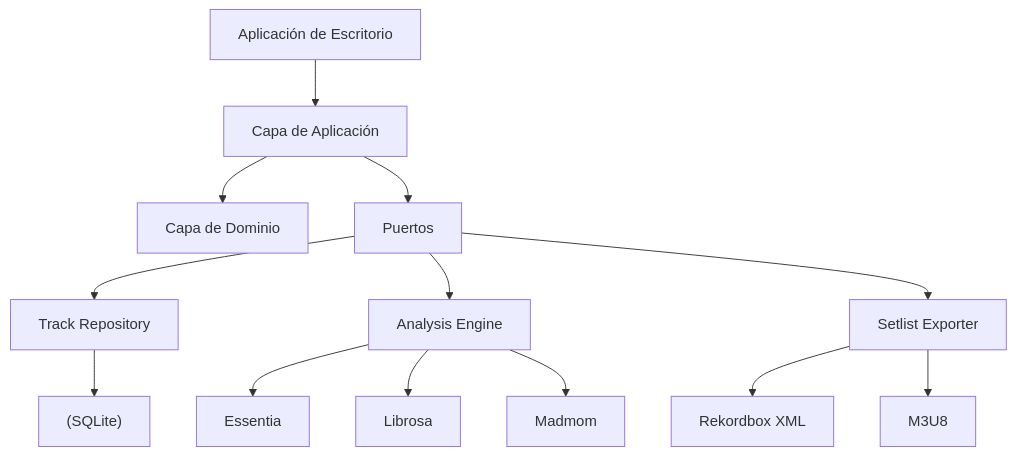
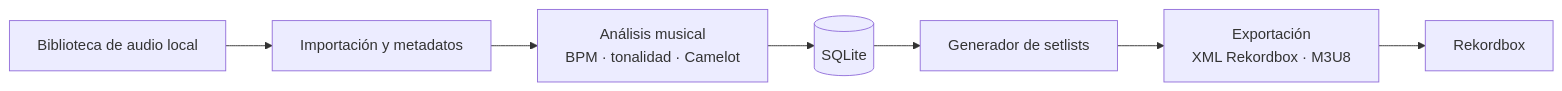
Before and after one commit to pabloo806/Trabajo-de-Fin-de-Grado: the diagram in README.md, drawn with Mermaid. The commit also changed other lines of this file, not shown here.

````diff
--- a/README.md
+++ b/README.md
@@ -62,28 +59,13 @@
 ```mermaid
-flowchart TD
+flowchart LR
 
-    UI["Aplicación de Escritorio"]
+    AUDIO["Biblioteca de audio local"]
+    IMPORT["Importación y metadatos"]
+    ANALYSIS["Análisis musical<br/>BPM · tonalidad · Camelot"]
+    DB[("SQLite")]
+    GEN["Generador de setlists"]
+    EXPORT["Exportación<br/>XML Rekordbox · M3U8"]
+    RB["Rekordbox"]
 
-    APP["Capa de Aplicación"]
-
-    DOMAIN["Capa de Dominio"]
-
-    PORTS["Puertos"]
-
-    UI --> APP
-    APP --> DOMAIN
-    APP --> PORTS
-
-    PORTS --> REPO["Track Repository"]
-    PORTS --> ANALYZER["Analysis Engine"]
-    PORTS --> EXPORTER["Setlist Exporter"]
-
-    REPO --> SQLITE["(SQLite)"]
-
-    ANALYZER --> ESS["Essentia"]
-    ANALYZER --> LIB["Librosa"]
-    ANALYZER --> MAD["Madmom"]
-
-    EXPORTER --> XML["Rekordbox XML"]
-    EXPORTER --> M3U8["M3U8"]
+    AUDIO --> IMPORT --> ANALYSIS --> DB --> GEN --> EXPORT --> RB
 ```
````
